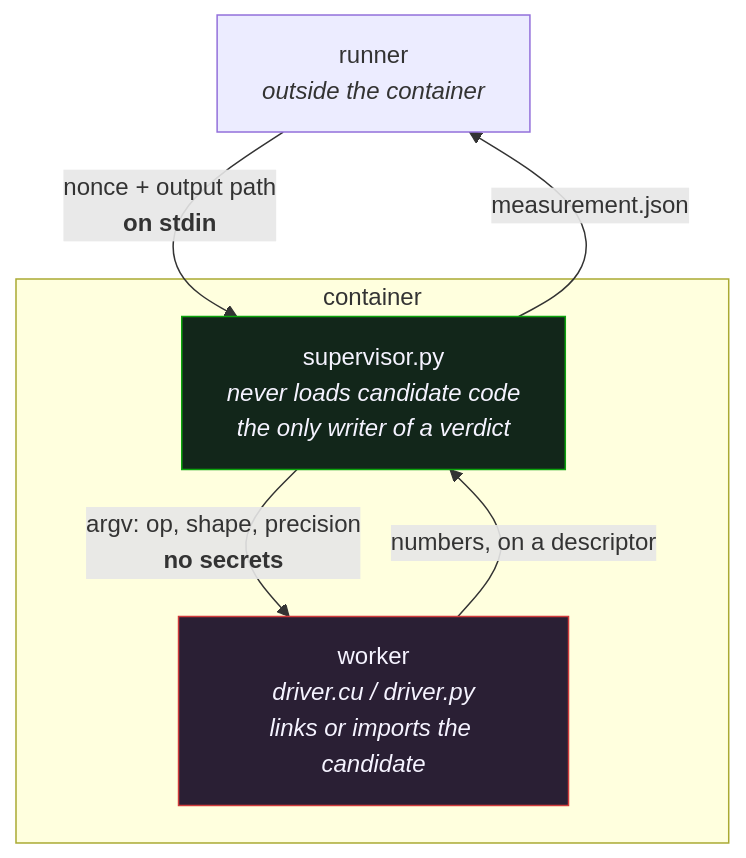
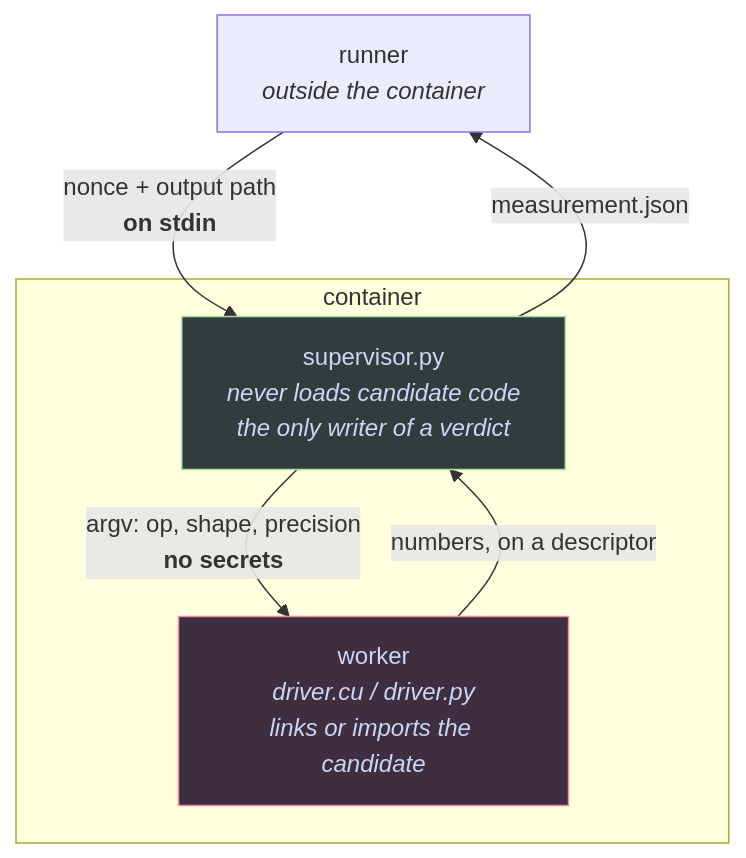
One commit to rycerzes/website changed the second of 3 diagrams in src/posts/kernel-agent-that-cannot-lie.mdx. Above: the diagram before and after it, drawn with Mermaid. The commit also changed other lines of this file and 5 other files, not shown here.

Commit message:
style: use catppuccin mocha for code highlighting and post diagrams

````diff
--- a/src/posts/kernel-agent-that-cannot-lie.mdx
+++ b/src/posts/kernel-agent-that-cannot-lie.mdx
@@ -47,14 +47,14 @@
 ```mermaid
 flowchart TB
     R["runner<br/><i>outside the container</i>"] -->|"nonce + output path<br/><b>on stdin</b>"| S
     subgraph C["container"]
         S["supervisor.py<br/><i>never loads candidate code</i><br/><i>the only writer of a verdict</i>"]
         W["worker<br/><i>driver.cu / driver.py</i><br/><i>links or imports the candidate</i>"]
         S -->|"argv: op, shape, precision<br/><b>no secrets</b>"| W
         W -->|"numbers, on a descriptor"| S
     end
     S -->|"measurement.json"| R
 
-    style S fill:#12261a,stroke:#0ca30c,color:#f5f3ff
-    style W fill:#2a1f34,stroke:#d03b3b,color:#f5f3ff
+    style S fill:#323c3f,stroke:#a6e3a1,color:#cdd6f4
+    style W fill:#3e2e40,stroke:#f38ba8,color:#cdd6f4
 ```
````
